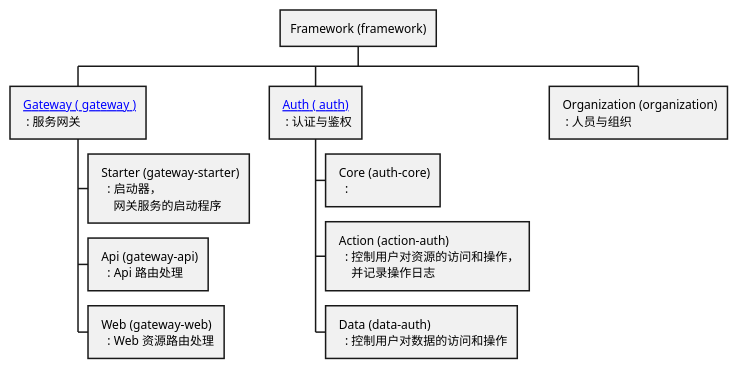
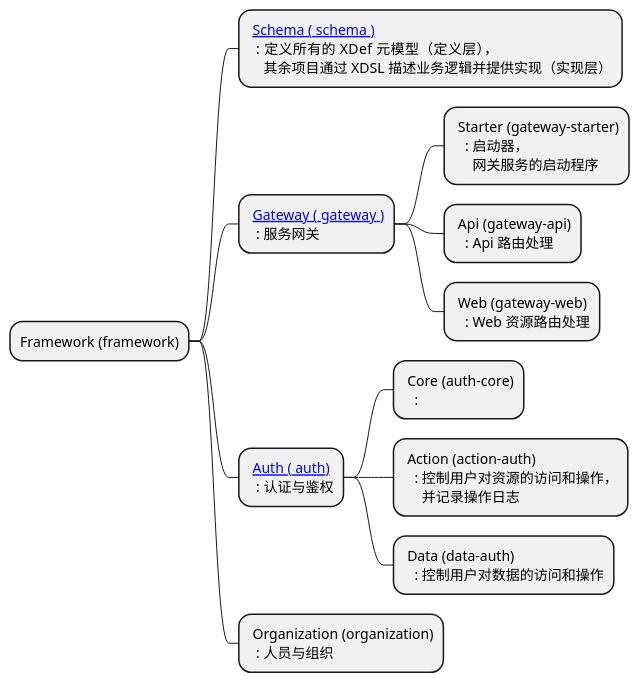
One commit to crazydan-studio/duzhou.crazydan.io changed the diagram in docs/100.platform/100.development/200.framework/500.backend/index.md. Above: the diagram before and after it, drawn with PlantUML. The commit also changed other lines of this file and 2 other files, not shown here.

````diff
--- a/docs/100.platform/100.development/200.framework/500.backend/index.md
+++ b/docs/100.platform/100.development/200.framework/500.backend/index.md
@@ -12,28 +12,32 @@
 ```plantuml
-@startwbs
+@startmindmap
 * Framework (framework)
+
+**: [[./schema Schema ( schema )]]
+  : 定义所有的 XDef 元模型（定义层），
+    其余项目通过 XDSL 描述业务逻辑并提供实现（实现层）;
 
 **: [[./gateway Gateway ( gateway )]]
   : 服务网关;
 ***: Starter (gateway-starter)
    : 启动器，
      网关服务的启动程序;
 ***: Api (gateway-api)
    : Api 路由处理;
 ***: Web (gateway-web)
    : Web 资源路由处理;
 
 **: [[./auth Auth ( auth)]]
   : 认证与鉴权;
 ***: Core (auth-core)
    : ;
 ***: Action (action-auth)
    : 控制用户对资源的访问和操作，
      并记录操作日志;
 ***: Data (data-auth)
    : 控制用户对数据的访问和操作;
 
 **: Organization (organization)
   : 人员与组织;
-@endwbs
+@endmindmap
 ```
````
